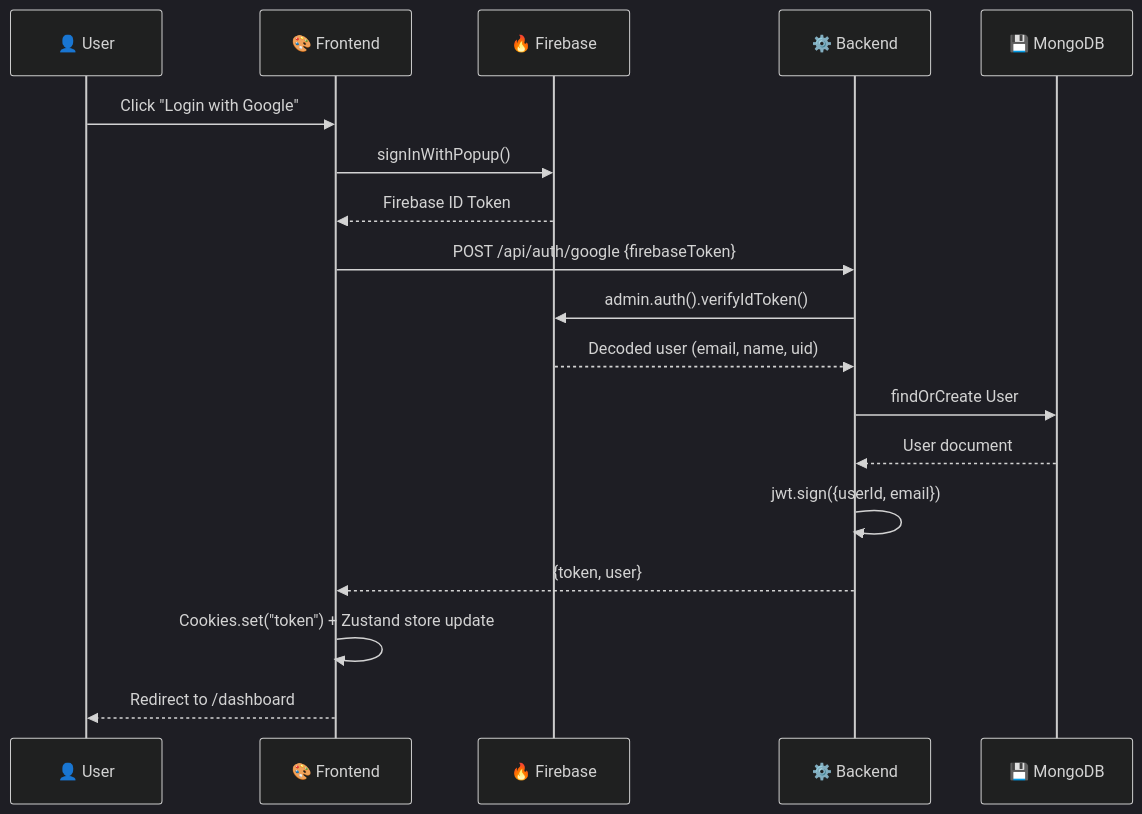
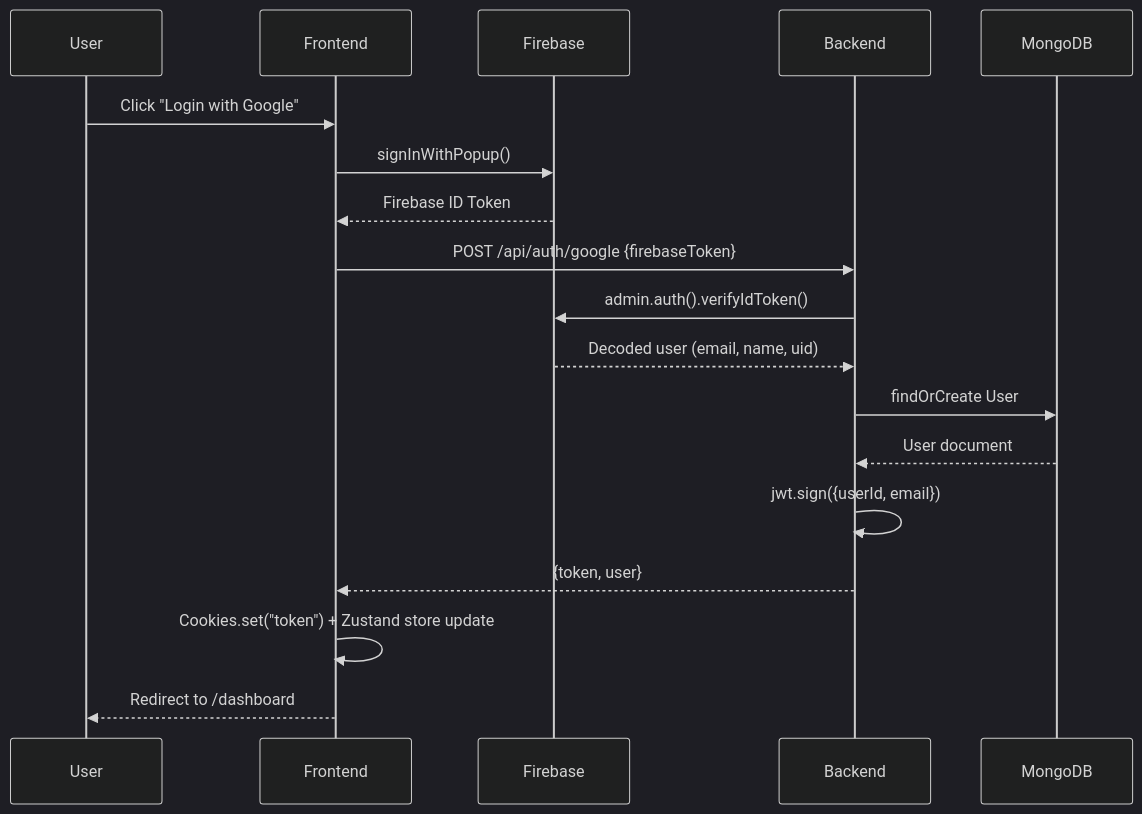
The second of 5 diagrams in README.md (swagatobauri/VedaAI), drawn with Mermaid (dark theme) before and after one commit. The commit also changed other lines of this file, not shown here.

````diff
--- a/README.md
+++ b/README.md
@@ -187,21 +187,21 @@
 ```mermaid
 sequenceDiagram
-    participant U as 👤 User
-    participant FE as 🎨 Frontend
-    participant FB as 🔥 Firebase
-    participant BE as ⚙️ Backend
-    participant DB as 💾 MongoDB
+    participant U as  User
+    participant FE as  Frontend
+    participant FB as  Firebase
+    participant BE as  Backend
+    participant DB as  MongoDB
 
     U->>FE: Click "Login with Google"
     FE->>FB: signInWithPopup()
     FB-->>FE: Firebase ID Token
     FE->>BE: POST /api/auth/google {firebaseToken}
     BE->>FB: admin.auth().verifyIdToken()
     FB-->>BE: Decoded user (email, name, uid)
     BE->>DB: findOrCreate User
     DB-->>BE: User document
     BE->>BE: jwt.sign({userId, email})
     BE-->>FE: {token, user}
     FE->>FE: Cookies.set("token") + Zustand store update
     FE-->>U: Redirect to /dashboard
 ```
````
